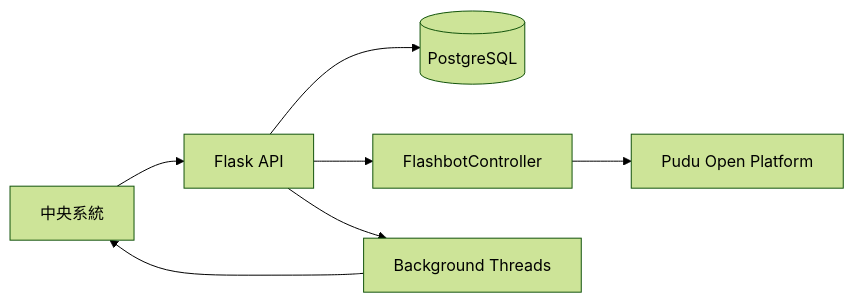
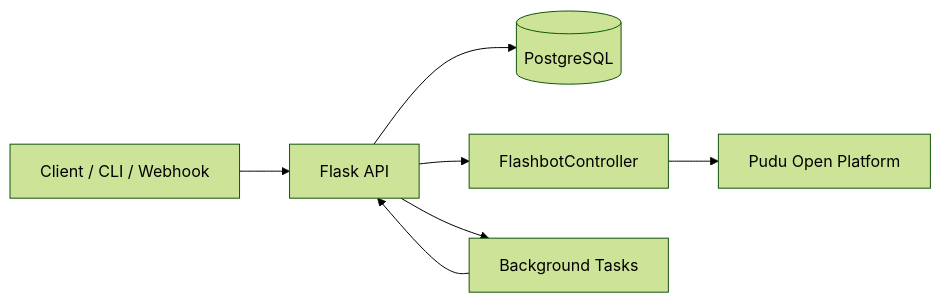
One commit to stephanieyenyu/AMR_System changed the diagram in flashbot-robot/README.md. Above: the diagram before and after it, drawn with Mermaid (forest theme). The commit also changed other lines of this file and 12 other files, not shown here.

````diff
--- a/flashbot-robot/README.md
+++ b/flashbot-robot/README.md
@@ -28,9 +25,9 @@
 ```mermaid
 flowchart LR
-  Central[中央系統] --> API[Flask API]
+  Client[Client / CLI / Webhook] --> API[Flask API]
   API --> DB[(PostgreSQL)]
   API --> Controller[FlashbotController]
   Controller --> Pudu[Pudu Open Platform]
-  API --> Tasks[Background Threads]
-  Tasks --> Central
+  API --> Tasks[Background Tasks]
+  Tasks --> API
 ```
````
